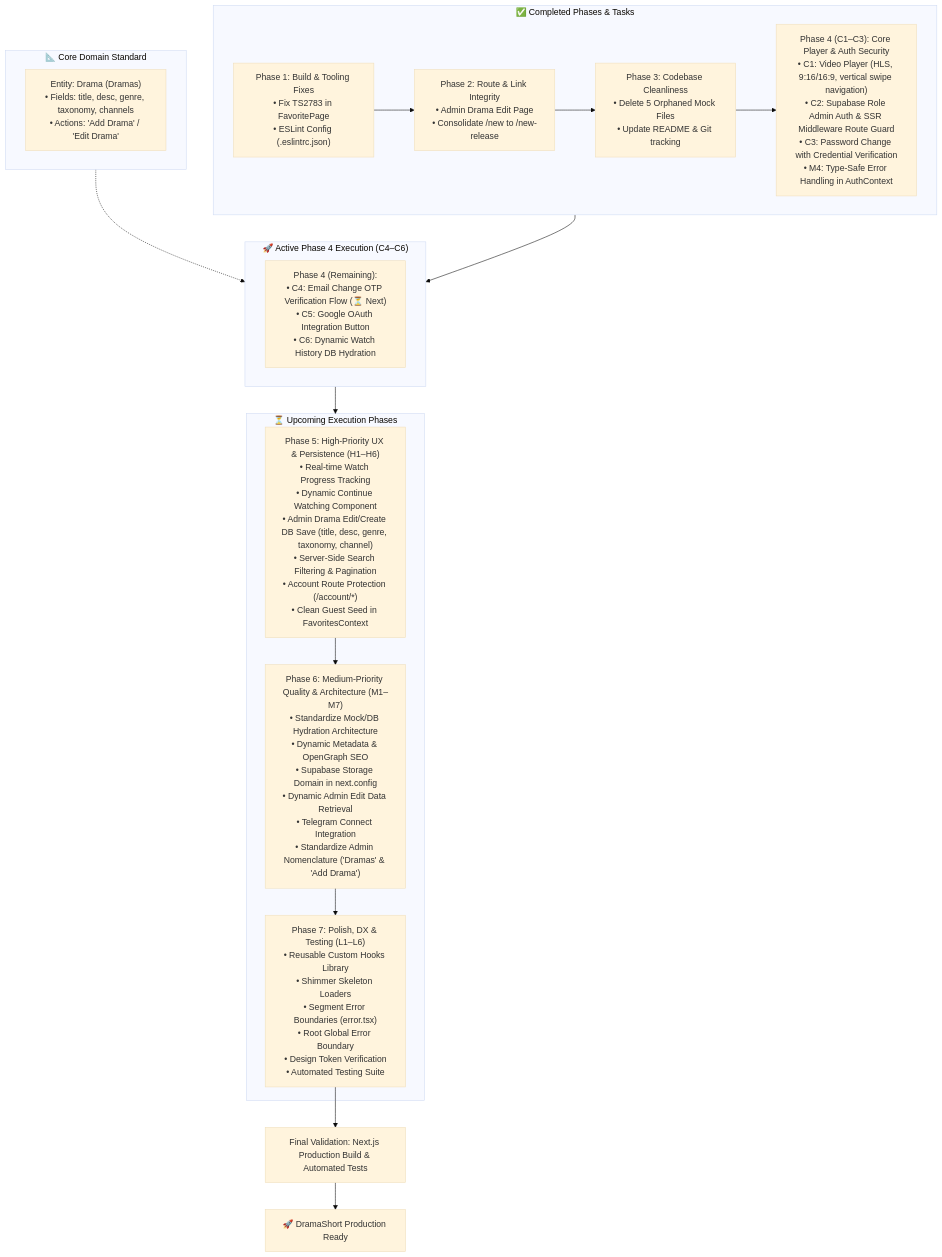
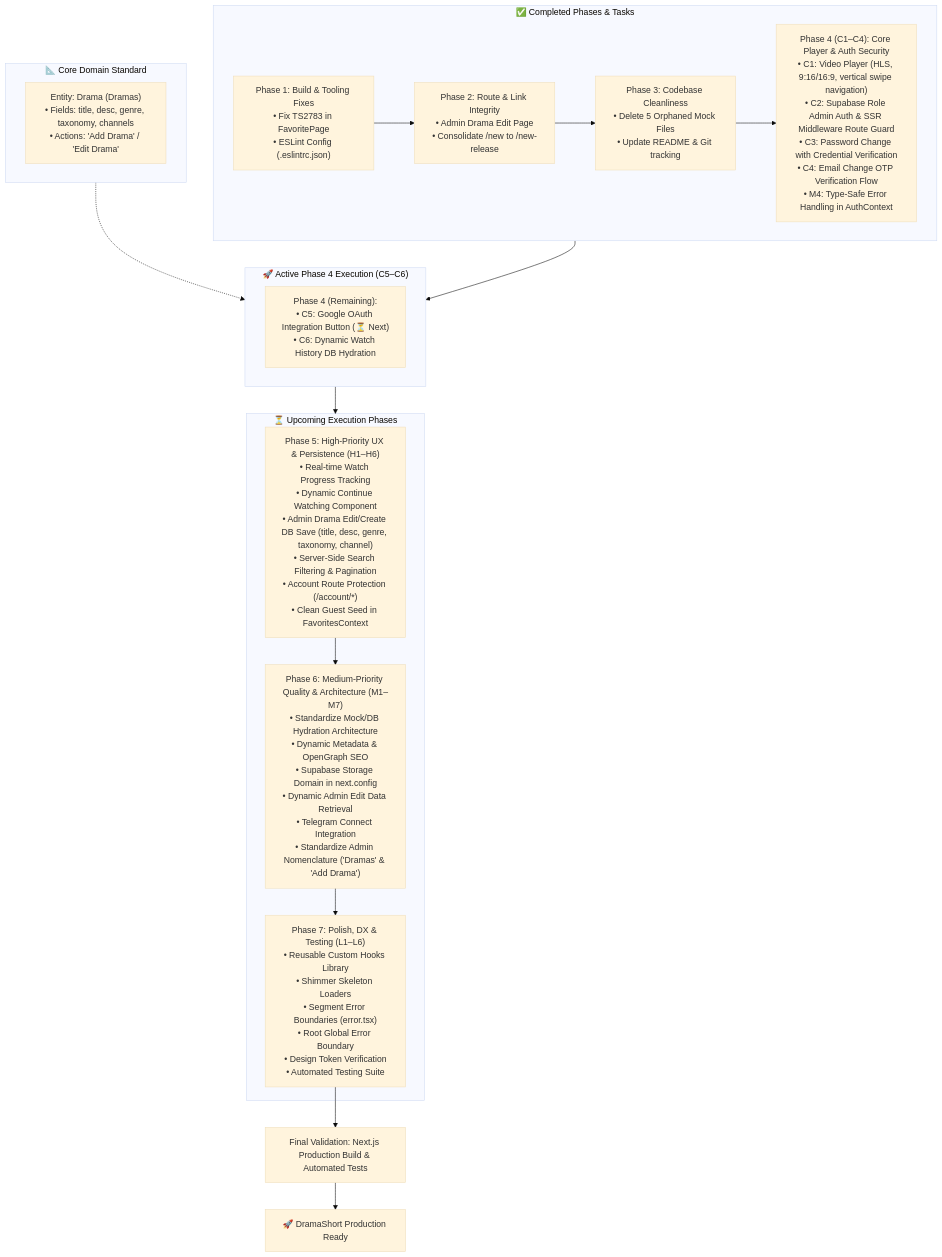
The diagram in FIXES_PLAN.md (s3327/dramashort-app), drawn with Mermaid (base theme) before and after one commit. The commit also changed other lines of this file and 2 other files, not shown here.

Commit message:
feat(auth): implement email change OTP verification flow with OtpInput (Phase 4 C4)

````diff
--- a/FIXES_PLAN.md
+++ b/FIXES_PLAN.md
@@ -522,34 +526,34 @@
 ```mermaid
 flowchart TD
     subgraph DomainStandard["📐 Core Domain Standard"]
         DS["Entity: Drama (Dramas)<br/>• Fields: title, desc, genre, taxonomy, channels<br/>• Actions: 'Add Drama' / 'Edit Drama'"]
     end
 
     subgraph Completed["✅ Completed Phases & Tasks"]
         P1["Phase 1: Build & Tooling Fixes<br/>• Fix TS2783 in FavoritePage<br/>• ESLint Config (.eslintrc.json)"]
         P2["Phase 2: Route & Link Integrity<br/>• Admin Drama Edit Page<br/>• Consolidate /new to /new-release"]
         P3["Phase 3: Codebase Cleanliness<br/>• Delete 5 Orphaned Mock Files<br/>• Update README & Git tracking"]
-        P4A["Phase 4 (C1–C3): Core Player & Auth Security<br/>• C1: Video Player (HLS, 9:16/16:9, vertical swipe navigation)<br/>• C2: Supabase Role Admin Auth & SSR Middleware Route Guard<br/>• C3: Password Change with Credential Verification<br/>• M4: Type-Safe Error Handling in AuthContext"]
+        P4A["Phase 4 (C1–C4): Core Player & Auth Security<br/>• C1: Video Player (HLS, 9:16/16:9, vertical swipe navigation)<br/>• C2: Supabase Role Admin Auth & SSR Middleware Route Guard<br/>• C3: Password Change with Credential Verification<br/>• C4: Email Change OTP Verification Flow<br/>• M4: Type-Safe Error Handling in AuthContext"]
         P1 --> P2 --> P3 --> P4A
     end
 
-    subgraph ActivePhase["🚀 Active Phase 4 Execution (C4–C6)"]
-        P4B["Phase 4 (Remaining):<br/>• C4: Email Change OTP Verification Flow (⏳ Next)<br/>• C5: Google OAuth Integration Button<br/>• C6: Dynamic Watch History DB Hydration"]
+    subgraph ActivePhase["🚀 Active Phase 4 Execution (C5–C6)"]
+        P4B["Phase 4 (Remaining):<br/>• C5: Google OAuth Integration Button (⏳ Next)<br/>• C6: Dynamic Watch History DB Hydration"]
     end
 
     subgraph Upcoming["⏳ Upcoming Execution Phases"]
         P5["Phase 5: High-Priority UX & Persistence (H1–H6)<br/>• Real-time Watch Progress Tracking<br/>• Dynamic Continue Watching Component<br/>• Admin Drama Edit/Create DB Save (title, desc, genre, taxonomy, channel)<br/>• Server-Side Search Filtering & Pagination<br/>• Account Route Protection (/account/*)<br/>• Clean Guest Seed in FavoritesContext"]
         
         P6["Phase 6: Medium-Priority Quality & Architecture (M1–M7)<br/>• Standardize Mock/DB Hydration Architecture<br/>• Dynamic Metadata & OpenGraph SEO<br/>• Supabase Storage Domain in next.config<br/>• Dynamic Admin Edit Data Retrieval<br/>• Telegram Connect Integration<br/>• Standardize Admin Nomenclature ('Dramas' & 'Add Drama')"]
         
         P7["Phase 7: Polish, DX & Testing (L1–L6)<br/>• Reusable Custom Hooks Library<br/>• Shimmer Skeleton Loaders<br/>• Segment Error Boundaries (error.tsx)<br/>• Root Global Error Boundary<br/>• Design Token Verification<br/>• Automated Testing Suite"]
         
         P5 --> P6 --> P7
     end
 
     DomainStandard -.-> ActivePhase
     Completed --> ActivePhase
     ActivePhase --> Upcoming
     P7 --> V["Final Validation: Next.js Production Build & Automated Tests"]
     V --> Done["🚀 DramaShort Production Ready"]
 ```
````
